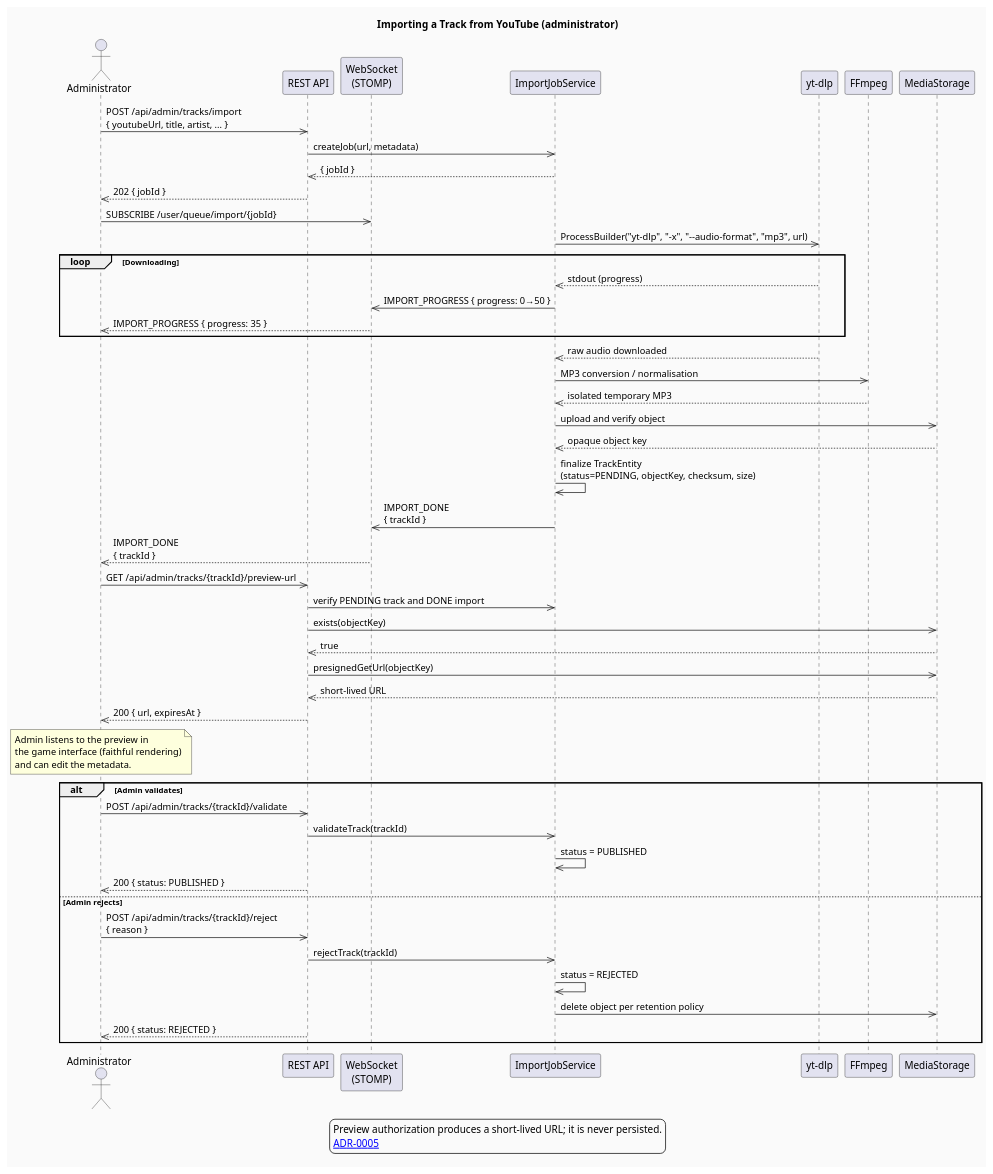
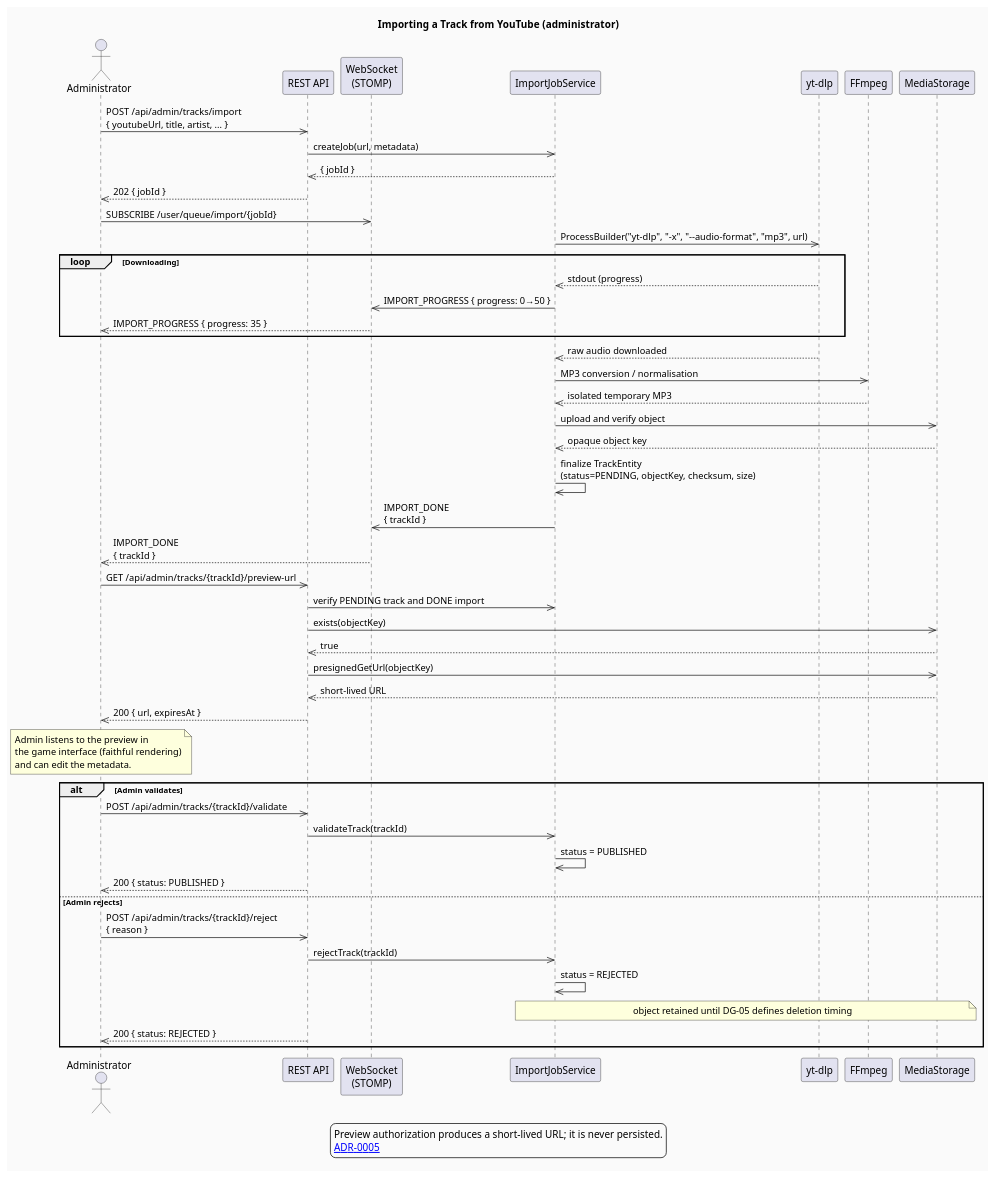
Before and after one commit to CyprienJ/blindTest: the fourth of 5 diagrams in docs/diagrams/04-sequences.puml, drawn with PlantUML. The commit also changed 15 other files, not shown here.

```diff
--- a/docs/diagrams/04-sequences.puml
+++ b/docs/diagrams/04-sequences.puml
@@ -175,72 +175,72 @@
 @startuml Sequence - Music Import (administrator)
 ' Decision: ADR-0005 stores validated audio in private S3-compatible storage.
 title Importing a Track from YouTube (administrator)
 skinparam backgroundColor #FAFAFA
 
 actor "Administrator" as admin
 participant "REST API" as rest
 participant "WebSocket\n(STOMP)" as ws
 participant "ImportJobService" as job
 participant "yt-dlp" as ytdlp
 participant "FFmpeg" as ffmpeg
 participant "MediaStorage" as storage
 
 admin ->> rest : POST /api/admin/tracks/import\n{ youtubeUrl, title, artist, ... }
 rest ->> job : createJob(url, metadata)
 job -->> rest : { jobId }
 rest -->> admin : 202 { jobId }
 
 admin ->> ws : SUBSCRIBE /user/queue/import/{jobId}
 
 job ->> ytdlp : ProcessBuilder("yt-dlp", "-x", "--audio-format", "mp3", url)
 
 loop Downloading
   ytdlp -->> job : stdout (progress)
   job ->> ws : IMPORT_PROGRESS { progress: 0→50 }
   ws -->> admin : IMPORT_PROGRESS { progress: 35 }
 end
 
 ytdlp -->> job : raw audio downloaded
 
 job ->> ffmpeg : MP3 conversion / normalisation
 ffmpeg -->> job : isolated temporary MP3
 job ->> storage : upload and verify object
 storage -->> job : opaque object key
 job ->> job : finalize TrackEntity\n(status=PENDING, objectKey, checksum, size)
 
 job ->> ws : IMPORT_DONE\n{ trackId }
 ws -->> admin : IMPORT_DONE\n{ trackId }
 
 admin ->> rest : GET /api/admin/tracks/{trackId}/preview-url
 rest ->> job : verify PENDING track and DONE import
 rest ->> storage : exists(objectKey)
 storage -->> rest : true
 rest ->> storage : presignedGetUrl(objectKey)
 storage -->> rest : short-lived URL
 rest -->> admin : 200 { url, expiresAt }
 
 note over admin
   Admin listens to the preview in
   the game interface (faithful rendering)
   and can edit the metadata.
 end note
 
 alt Admin validates
   admin ->> rest : POST /api/admin/tracks/{trackId}/validate
   rest ->> job : validateTrack(trackId)
   job ->> job : status = PUBLISHED
   rest -->> admin : 200 { status: PUBLISHED }
 else Admin rejects
   admin ->> rest : POST /api/admin/tracks/{trackId}/reject\n{ reason }
   rest ->> job : rejectTrack(trackId)
   job ->> job : status = REJECTED
-  job ->> storage : delete object per retention policy
+  note over job,storage : object retained until DG-05 defines deletion timing
   rest -->> admin : 200 { status: REJECTED }
 end
 
 legend bottom
   Preview authorization produces a short-lived URL; it is never persisted.
   [[../adr/0005-private-s3-media-and-presigned-playback.md ADR-0005]]
 endlegend
 
 @enduml
```
